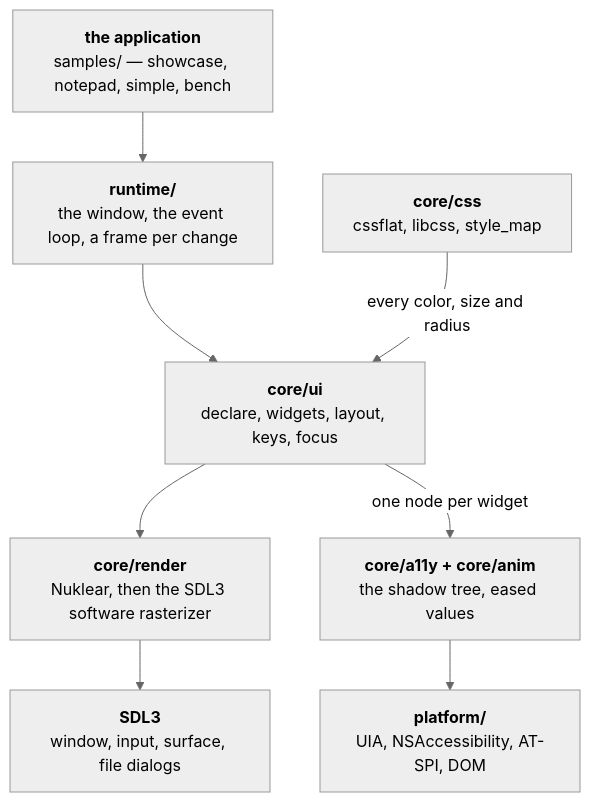
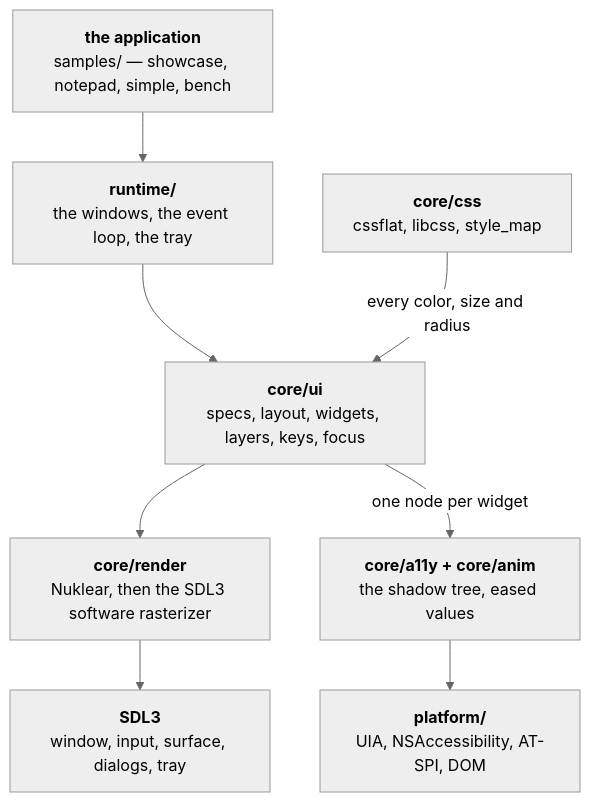
One commit to Alpaq92/Reaktor changed the diagram in docs/DOCUMENTATION.md. Above: the diagram before and after it, drawn with Mermaid (neutral theme). The commit also changed other lines of this file and 57 other files, not shown here.

First line of the commit message:
Layers, a tray and a sidebar

````diff
--- a/docs/DOCUMENTATION.md
+++ b/docs/DOCUMENTATION.md
@@ -224,17 +433,17 @@
 ```mermaid
 flowchart TB
     app["<b>the application</b><br/>samples/ — showcase, notepad, simple, bench"]
-    rt["<b>runtime/</b><br/>the window, the event loop, a frame per change"]
-    ui["<b>core/ui</b><br/>declare, widgets, layout, keys, focus"]
+    rt["<b>runtime/</b><br/>the windows, the event loop, the tray"]
+    ui["<b>core/ui</b><br/>specs, layout, widgets, layers, keys, focus"]
     ren["<b>core/render</b><br/>Nuklear, then the SDL3 software rasterizer"]
-    sdl["<b>SDL3</b><br/>window, input, surface, file dialogs"]
+    sdl["<b>SDL3</b><br/>window, input, surface, dialogs, tray"]
 
     css["<b>core/css</b><br/>cssflat, libcss, style_map"]
     tree["<b>core/a11y + core/anim</b><br/>the shadow tree, eased values"]
     plat["<b>platform/</b><br/>UIA, NSAccessibility, AT-SPI, DOM"]
 
     app --> rt --> ui --> ren --> sdl
     css -- "every color, size and radius" --> ui
     ui -- "one node per widget" --> tree
     tree --> plat
 ```
````
